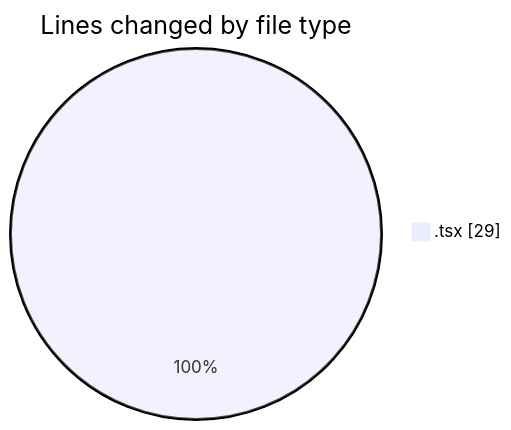
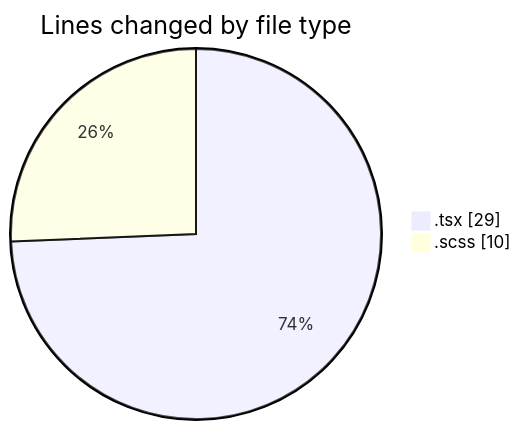
The first of 2 diagrams in 2025-04-09/cda/README.md (momahboobian/code-tracking), drawn with Mermaid before and after one commit. The commit also changed other lines of this file and 1 other file, not shown here.

````diff
--- a/2025-04-09/cda/README.md
+++ b/2025-04-09/cda/README.md
@@ -20,5 +21,6 @@
 ```mermaid
 pie showData
 title Lines changed by file type
 ".tsx" : 29
+".scss" : 10
 ```
````
